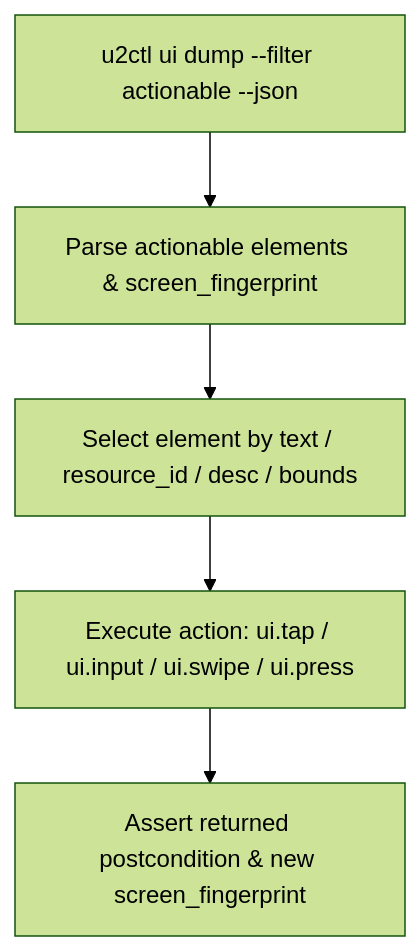
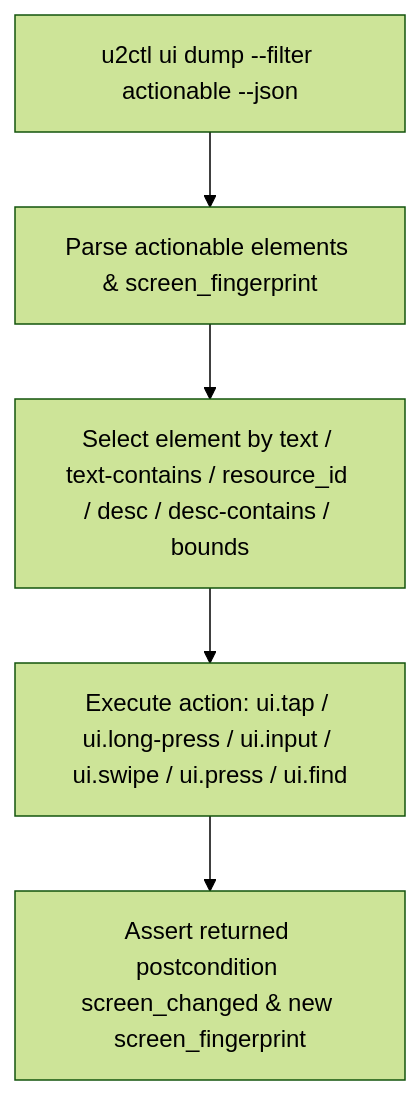
The diagram in .agents/skills/u2ctl/SKILL.md (themikehage/u2ctl), drawn with Mermaid (forest theme) before and after one commit. The commit also changed other lines of this file and 1 other file, not shown here.

````diff
--- a/.agents/skills/u2ctl/SKILL.md
+++ b/.agents/skills/u2ctl/SKILL.md
@@ -34,7 +104,7 @@
 ```mermaid
 graph TD
     A[u2ctl ui dump --filter actionable --json] --> B[Parse actionable elements & screen_fingerprint]
-    B --> C[Select element by text / resource_id / desc / bounds]
-    C --> D[Execute action: ui.tap / ui.input / ui.swipe / ui.press]
-    D --> E[Assert returned postcondition & new screen_fingerprint]
+    B --> C[Select element by text / text-contains / resource_id / desc / desc-contains / bounds]
+    C --> D[Execute action: ui.tap / ui.long-press / ui.input / ui.swipe / ui.press / ui.find]
+    D --> E[Assert returned postcondition screen_changed & new screen_fingerprint]
 ```
````
